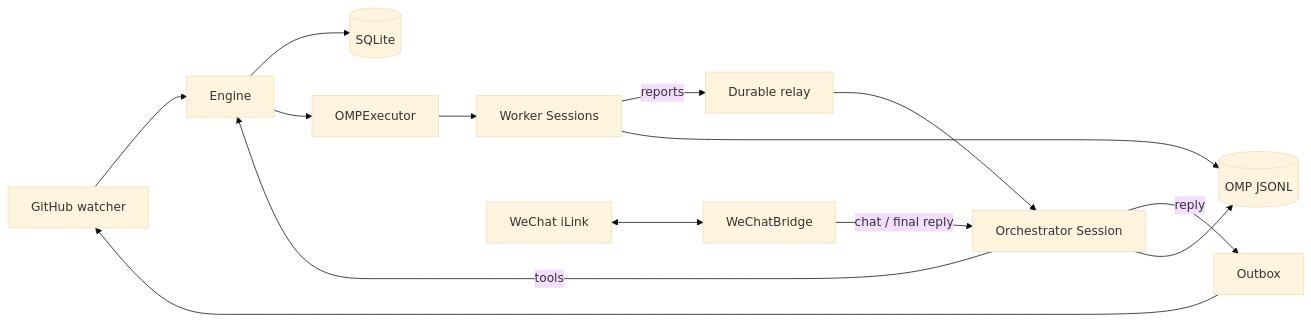
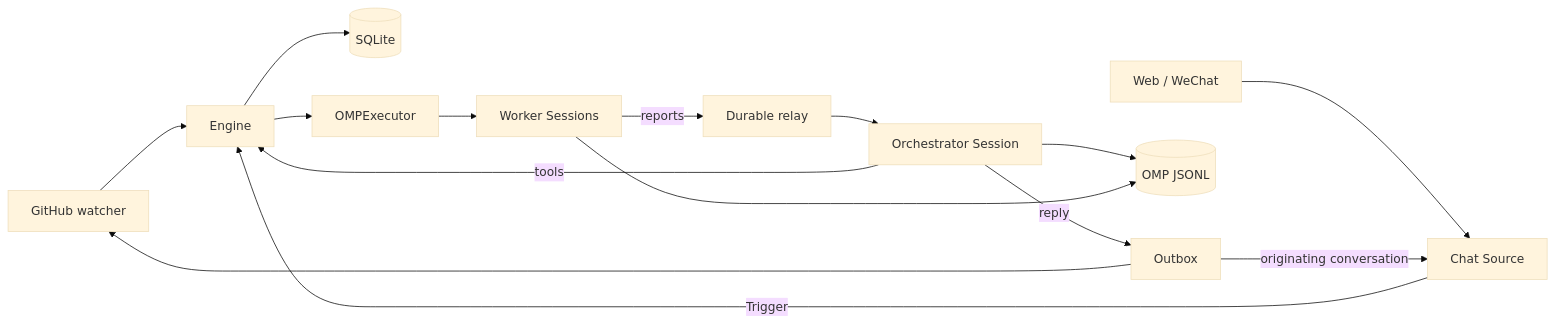
Before and after one commit to xbhuang1994/omp-superagent: the diagram in docs/007-architecture.md, drawn with Mermaid (base theme). The commit also changed other lines of this file and 23 other files, not shown here.

````diff
--- a/docs/007-architecture.md
+++ b/docs/007-architecture.md
@@ -9,15 +9,16 @@
 ```mermaid
 flowchart LR
   gh[GitHub watcher] --> engine[Engine]
   main[Orchestrator Session] -->|tools| engine
   engine --> store[(SQLite)]
   engine --> launch[OMPExecutor]
   launch --> workers[Worker Sessions]
   workers -->|reports| relay[Durable relay]
   relay --> main
   main -->|reply| outbox[Outbox]
   outbox --> gh
   main & workers --> jsonl[(OMP JSONL)]
-  wx[WeChat iLink] <--> bridge[WeChatBridge]
-  bridge -->|chat / final reply| main
+  web[Web / WeChat] --> chat[Chat Source]
+  chat -->|Trigger| engine
+  outbox -->|originating conversation| chat
 ```
````
